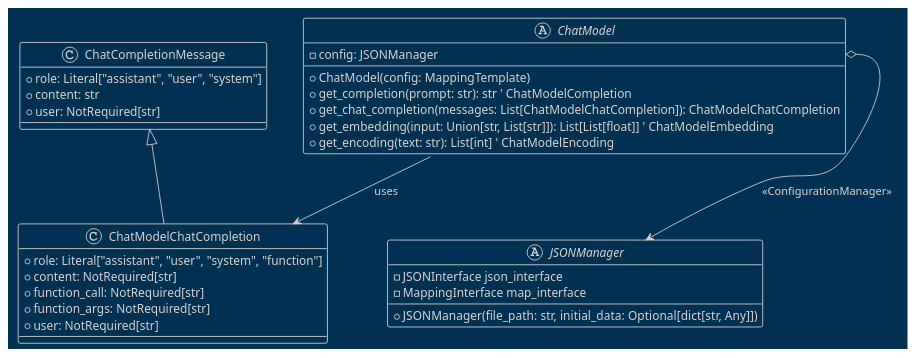
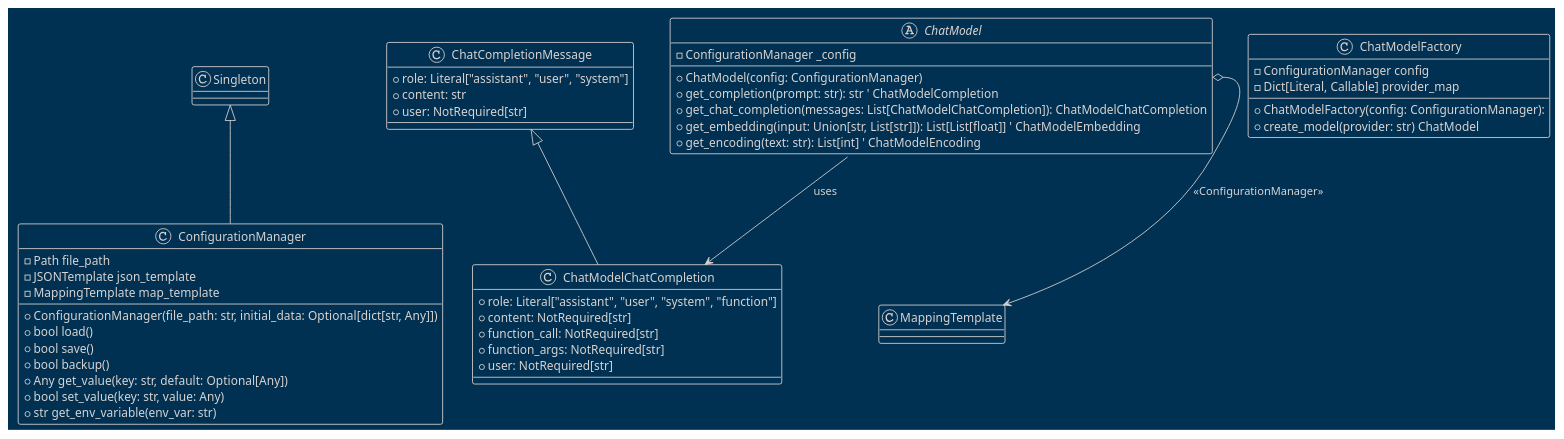
One commit to teleprint-me/py.gpt.prompt changed the diagram in docs/diagrams/plantuml/chat_model.puml. Above: the diagram before and after it, drawn with PlantUML.

Commit message:
docs: Update and refactor ChatModel UML diagram

```diff
--- a/docs/diagrams/plantuml/chat_model.puml
+++ b/docs/diagrams/plantuml/chat_model.puml
@@ -1,38 +1,52 @@
 @startuml ChatModel
 !theme blueprint
 
 ' docs/diagrams/plantuml/chat_model.puml
 
-abstract class JSONManager {
-    - JSONInterface json_interface
-    - MappingInterface map_interface
-    + JSONManager(file_path: str, initial_data: Optional[dict[str, Any]])
+class ConfigurationManager extends Singleton {
+    - Path file_path
+    - JSONTemplate json_template
+    - MappingTemplate map_template
+    + ConfigurationManager(file_path: str, initial_data: Optional[dict[str, Any]])
+    + bool load()
+    + bool save()
+    + bool backup()
+    + Any get_value(key: str, default: Optional[Any])
+    + bool set_value(key: str, value: Any)
+    + str get_env_variable(env_var: str)
 }
 
 class ChatCompletionMessage {
     + role: Literal["assistant", "user", "system"]
     + content: str
     + user: NotRequired[str]
 }
 
 class ChatModelChatCompletion extends ChatCompletionMessage {
     + role: Literal["assistant", "user", "system", "function"]
     + content: NotRequired[str]
     + function_call: NotRequired[str]
     + function_args: NotRequired[str]
     + user: NotRequired[str]
 }
 
 abstract class ChatModel {
-    - config: JSONManager
-    + ChatModel(config: MappingTemplate)
+    - ConfigurationManager _config
+    + ChatModel(config: ConfigurationManager)
     + get_completion(prompt: str): str ' ChatModelCompletion
     + get_chat_completion(messages: List[ChatModelChatCompletion]): ChatModelChatCompletion
     + get_embedding(input: Union[str, List[str]]): List[List[float]] ' ChatModelEmbedding
     + get_encoding(text: str): List[int] ' ChatModelEncoding
 }
 
-ChatModel::config o--> JSONManager : <<ConfigurationManager>>
+class ChatModelFactory{
+    - ConfigurationManager config
+    - Dict[Literal, Callable] provider_map
+    + ChatModelFactory(config: ConfigurationManager):
+    + create_model(provider: str) ChatModel
+}
+
+ChatModel::config o--> MappingTemplate : <<ConfigurationManager>>
 ChatModel --> ChatModelChatCompletion : uses
 
 @enduml
```
